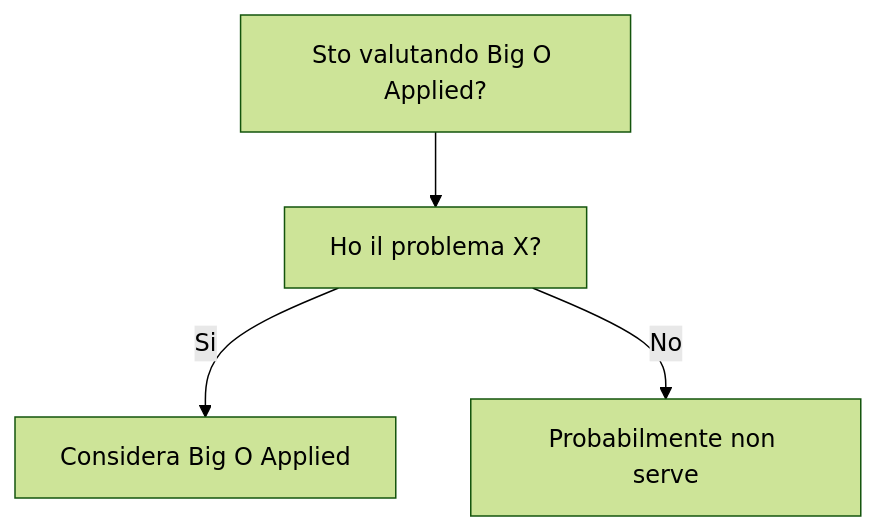
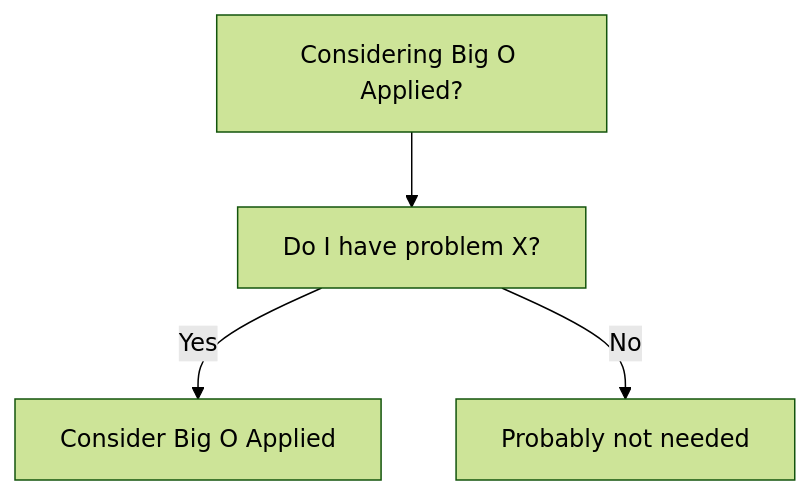
One commit to HxT9/Software-Dev-Wiki changed the diagram in dev-wiki/11_Performance/Big_O_Applied/When_To_Use.md. Above: the diagram before and after it, drawn with Mermaid (forest theme). The commit also changed other lines of this file and 3444 other files, not shown here.

````diff
--- a/dev-wiki/11_Performance/Big_O_Applied/When_To_Use.md
+++ b/dev-wiki/11_Performance/Big_O_Applied/When_To_Use.md
@@ -19,6 +19,6 @@
 ```mermaid
 flowchart TD
-  Q[Sto valutando Big O Applied?] --> Q1[Ho il problema X?]
-  Q1 -->|Si| OK[Considera Big O Applied]
-  Q1 -->|No| NO[Probabilmente non serve]
+  Q[Considering Big O Applied?] --> Q1[Do I have problem X?]
+  Q1 -->|Yes| OK[Consider Big O Applied]
+  Q1 -->|No| NO[Probably not needed]
 ```
````
